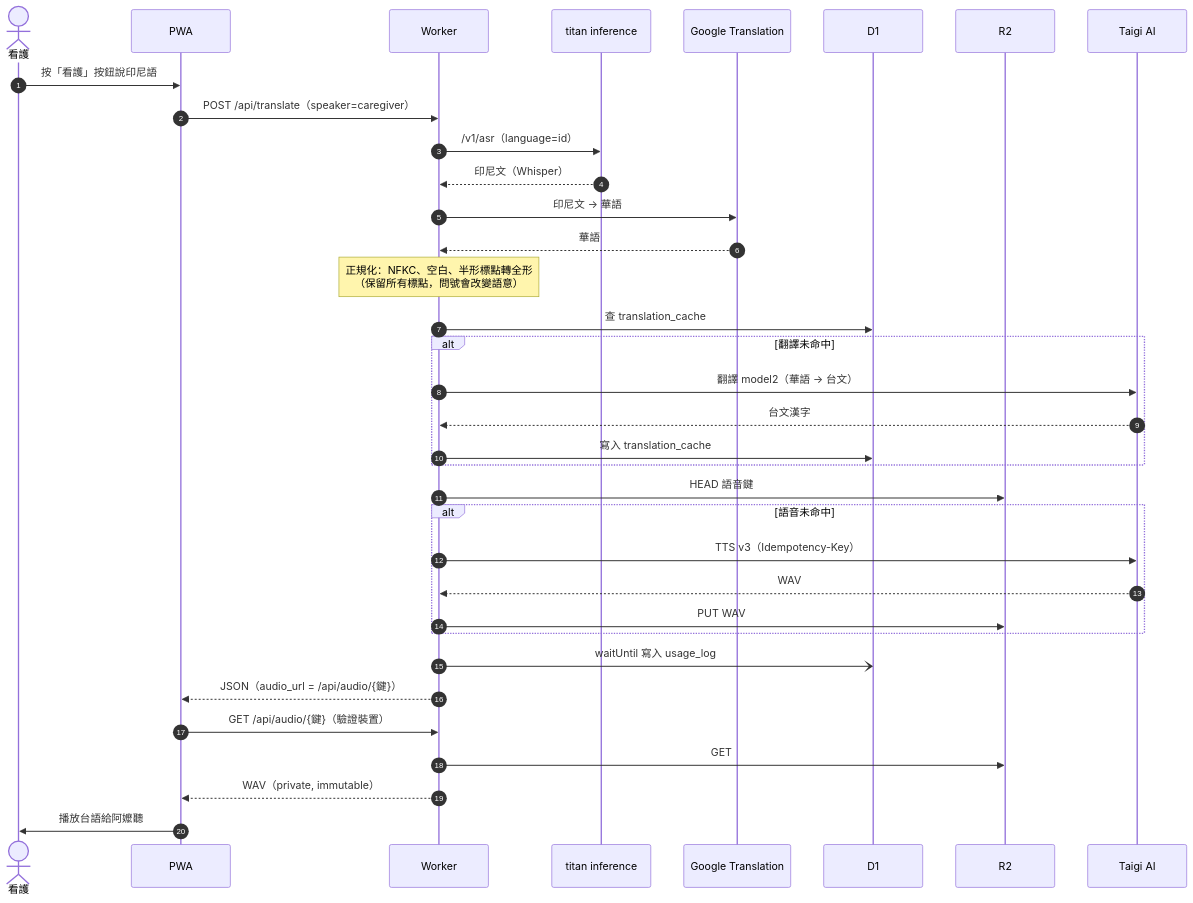
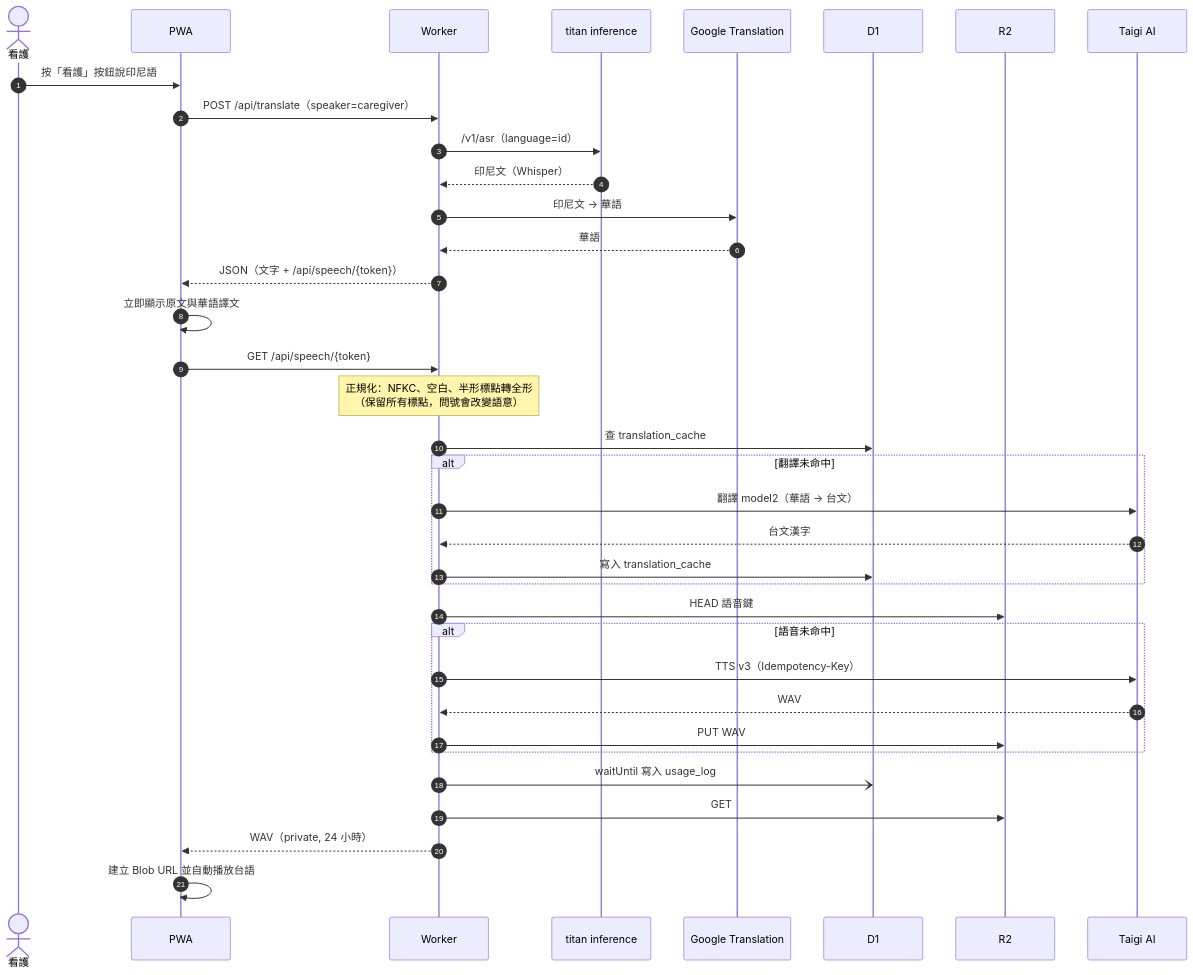
One commit to HsuChen88/ama-and-nurse changed the third of 4 diagrams in README.md. Above: the diagram before and after it, drawn with Mermaid. The commit also changed other lines of this file and 2 other files, not shown here.

Commit message:
docs: define progressive speech API flow

````diff
--- a/README.md
+++ b/README.md
@@ -105,38 +108,39 @@
 ```mermaid
 sequenceDiagram
     autonumber
     actor Nurse as 看護
     participant PWA
     participant W as Worker
     participant I as titan inference
     participant GT as Google Translation
     participant D1
     participant R2
     participant TA as Taigi AI
 
     Nurse->>PWA: 按「看護」按鈕說印尼語
     PWA->>W: POST /api/translate（speaker=caregiver）
     W->>I: /v1/asr（language=id）
     I-->>W: 印尼文（Whisper）
     W->>GT: 印尼文 → 華語
     GT-->>W: 華語
+    W-->>PWA: JSON（文字 + /api/speech/{token}）
+    PWA->>PWA: 立即顯示原文與華語譯文
+    PWA->>W: GET /api/speech/{token}
     Note over W: 正規化：NFKC、空白、半形標點轉全形<br/>（保留所有標點，問號會改變語意）
     W->>D1: 查 translation_cache
     alt 翻譯未命中
         W->>TA: 翻譯 model2（華語 → 台文）
         TA-->>W: 台文漢字
         W->>D1: 寫入 translation_cache
     end
     W->>R2: HEAD 語音鍵
     alt 語音未命中
         W->>TA: TTS v3（Idempotency-Key）
         TA-->>W: WAV
         W->>R2: PUT WAV
     end
     W-)D1: waitUntil 寫入 usage_log
-    W-->>PWA: JSON（audio_url = /api/audio/{鍵}）
-    PWA->>W: GET /api/audio/{鍵}（驗證裝置）
     W->>R2: GET
-    W-->>PWA: WAV（private, immutable）
-    PWA->>Nurse: 播放台語給阿嬤聽
+    W-->>PWA: WAV（private, 24 小時）
+    PWA->>PWA: 建立 Blob URL 並自動播放台語
 ```
````
